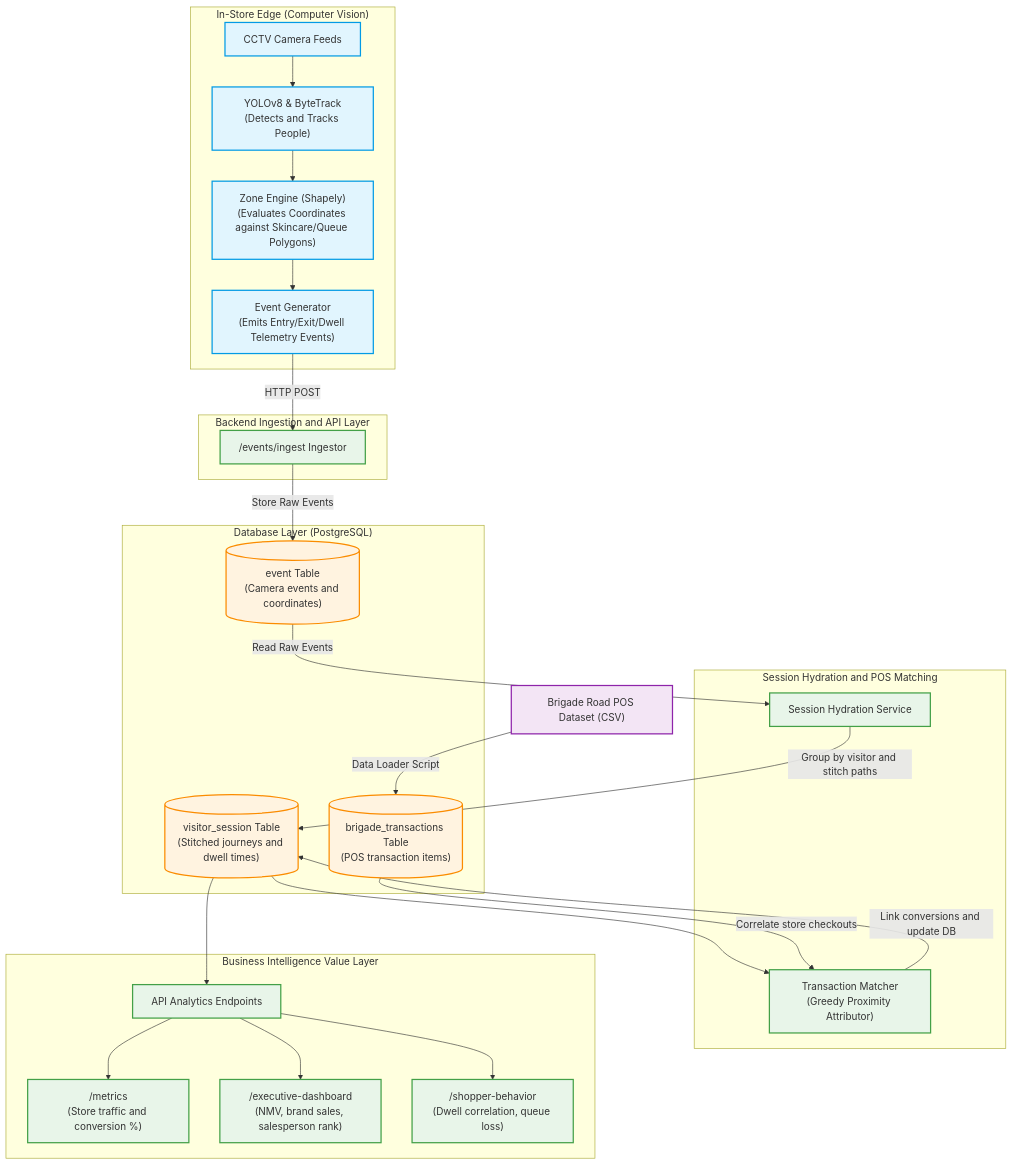
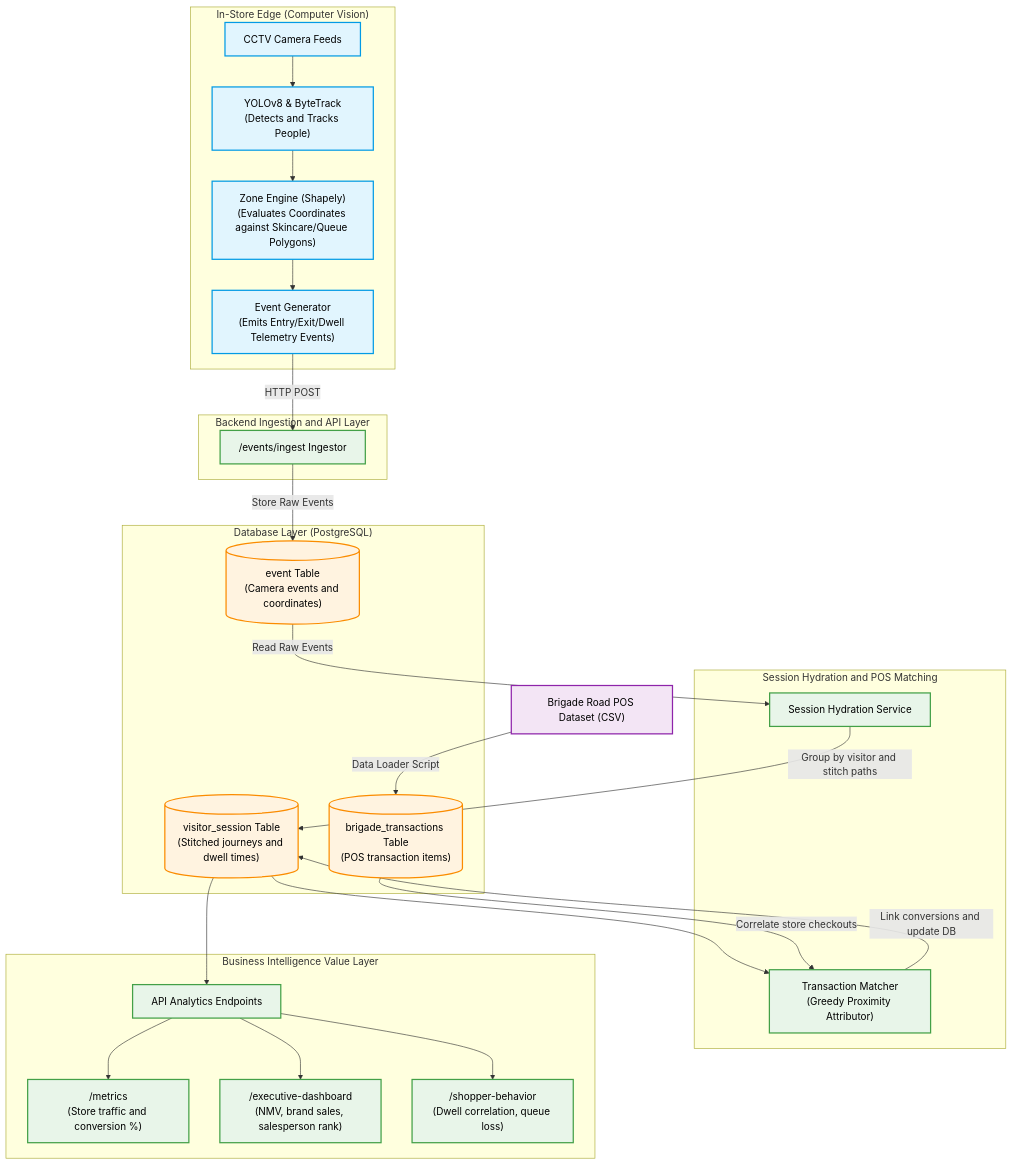
Before and after one commit to VaishnavSreekumar/RetailSight: the diagram in README.md, drawn with Mermaid.

Commit message:
Update README Mermaid styles to make text color black for better readability

````diff
--- a/README.md
+++ b/README.md
@@ -15,50 +15,50 @@
 ```mermaid
 graph TD
     %% Styling
-    classDef edgeStyle fill:#e1f5fe,stroke:#039be5,stroke-width:2px;
-    classDef apiStyle fill:#e8f5e9,stroke:#43a047,stroke-width:2px;
-    classDef dbStyle fill:#fff3e0,stroke:#fb8c00,stroke-width:2px;
-    classDef outStyle fill:#f3e5f5,stroke:#8e24aa,stroke-width:2px;
+    classDef edgeStyle fill:#e1f5fe,stroke:#039be5,stroke-width:2px,color:#000;
+    classDef apiStyle fill:#e8f5e9,stroke:#43a047,stroke-width:2px,color:#000;
+    classDef dbStyle fill:#fff3e0,stroke:#fb8c00,stroke-width:2px,color:#000;
+    classDef outStyle fill:#f3e5f5,stroke:#8e24aa,stroke-width:2px,color:#000;
 
     subgraph Edge ["In-Store Edge (Computer Vision)"]
         A["CCTV Camera Feeds"] --> B["YOLOv8 & ByteTrack<br>(Detects and Tracks People)"]
         B --> C["Zone Engine (Shapely)<br>(Evaluates Coordinates against Skincare/Queue Polygons)"]
         C --> D["Event Generator<br>(Emits Entry/Exit/Dwell Telemetry Events)"]
     end
 
     subgraph Ingestion ["Backend Ingestion and API Layer"]
         D -->|HTTP POST| E["/events/ingest Ingestor"]
     end
 
     subgraph Database ["Database Layer (PostgreSQL)"]
         E -->|Store Raw Events| F[("event Table<br>(Camera events and coordinates)")]
         H[("brigade_transactions Table<br>(POS transaction items)")]
         G[("visitor_session Table<br>(Stitched journeys and dwell times)")]
     end
 
     subgraph Hydration ["Session Hydration and POS Matching"]
         I["Session Hydration Service"]
         F -->|Read Raw Events| I
         I -->|Group by visitor and stitch paths| G
         
         J["Transaction Matcher<br>(Greedy Proximity Attributor)"]
         G --> J
         H -->|Correlate store checkouts| J
         J -->|Link conversions and update DB| G
     end
 
     subgraph Insights ["Business Intelligence Value Layer"]
         G --> K["API Analytics Endpoints"]
         K --> K1["/metrics<br>(Store traffic and conversion %)"]
         K --> K2["/executive-dashboard<br>(NMV, brand sales, salesperson rank)"]
         K --> K3["/shopper-behavior<br>(Dwell correlation, queue loss)"]
     end
 
     CSV["Brigade Road POS Dataset (CSV)"] -->|Data Loader Script| H
 
     %% Class Assignments
     class A,B,C,D edgeStyle;
     class E,I,J,K,K1,K2,K3 apiStyle;
     class F,G,H dbStyle;
     class CSV outStyle;
 ```
````
